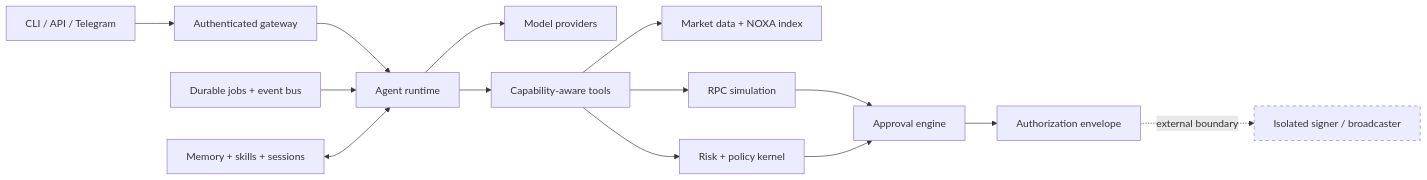
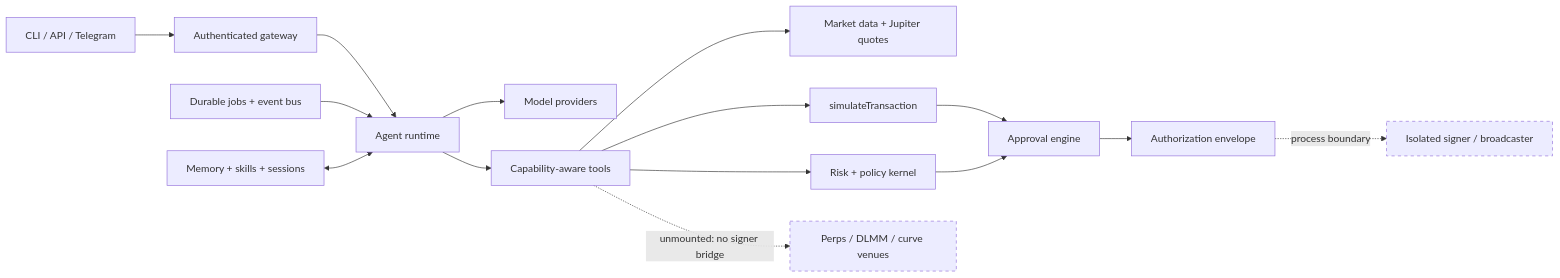
Before and after one commit to venymlabs/ari-os: the diagram in README.md, drawn with Mermaid. The commit also changed other lines of this file and 46 other files, not shown here.

````diff
--- a/README.md
+++ b/README.md
@@ -45,21 +60,23 @@
 ```mermaid
 flowchart LR
     U[CLI / API / Telegram] --> G[Authenticated gateway]
     G --> R[Agent runtime]
     R --> M[Model providers]
     R --> T[Capability-aware tools]
 
-    T --> D[Market data + NOXA index]
-    T --> S[RPC simulation]
+    T --> D[Market data + Jupiter quotes]
+    T --> S[simulateTransaction]
     T --> K[Risk + policy kernel]
+    T -. unmounted: no signer bridge .-> V[Perps / DLMM / curve venues]
 
     J[Durable jobs + event bus] --> R
     C[Memory + skills + sessions] <--> R
 
     S --> A[Approval engine]
     K --> A
     A --> E[Authorization envelope]
-    E -. external boundary .-> X[Isolated signer / broadcaster]
+    E -. process boundary .-> X[Isolated signer / broadcaster]
 
     style X stroke-dasharray: 5 5
+    style V stroke-dasharray: 5 5
 ```
````
